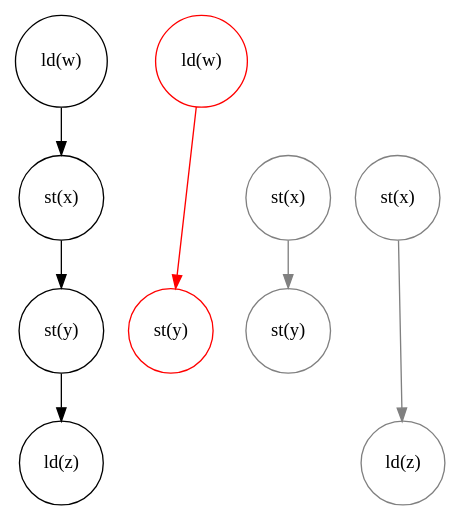
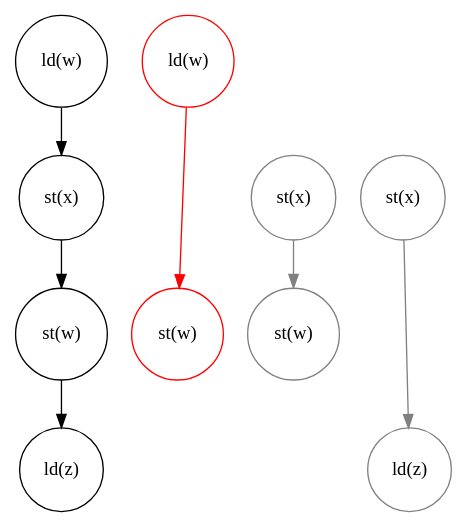
One commit to johnbender/oopsla-2015-presentation changed the second of 7 diagrams in presentation.org. Above: the diagram before and after it, drawn with Graphviz. The commit also changed other lines of this file and 14 other files, not shown here.

```diff
--- a/presentation.org
+++ b/presentation.org
@@ -408,40 +408,40 @@
    #+BEGIN_SRC dot :file assets/images/full-graph-elim.png :exports results
 digraph a {
  splines=line
  node [shape = circle];
  1 [label="ld(w)"]
  2 [label="st(x)"]
- 3 [label="st(y)"]
+ 3 [label="st(w)"]
  4 [label="ld(z)"]
 
  1 -> 2
  2 -> 3
  3 -> 4
 
  node[shape=circle]
  5 [label="ld(w)", color="red"]
- 7 [label="st(y)", color="red"]
+ 7 [label="st(w)", color="red"]
 
  9 [label="st(x)", color="gray"]
- 10 [label="st(y)", color="gray"]
+ 10 [label="st(w)", color="gray"]
 
  6 [label="st(x)", color="gray"]
  8 [label="ld(z)", color="gray"]
 
  node[shape=point style=invis]
  splines=line
  5 -> m [style=invis]
  m -> 7 [style=invis]
  n -> 6 [style=invis]
  6 -> o [style=invis]
  o -> 8 [style=invis]
  p -> 9 [style=invis]
 
 
  5 -> 7 [color="red"]
 
  9 -> 10 [color="gray"]
 
  6 -> 8 [color="gray"]
 }
    #+END_SRC
```
